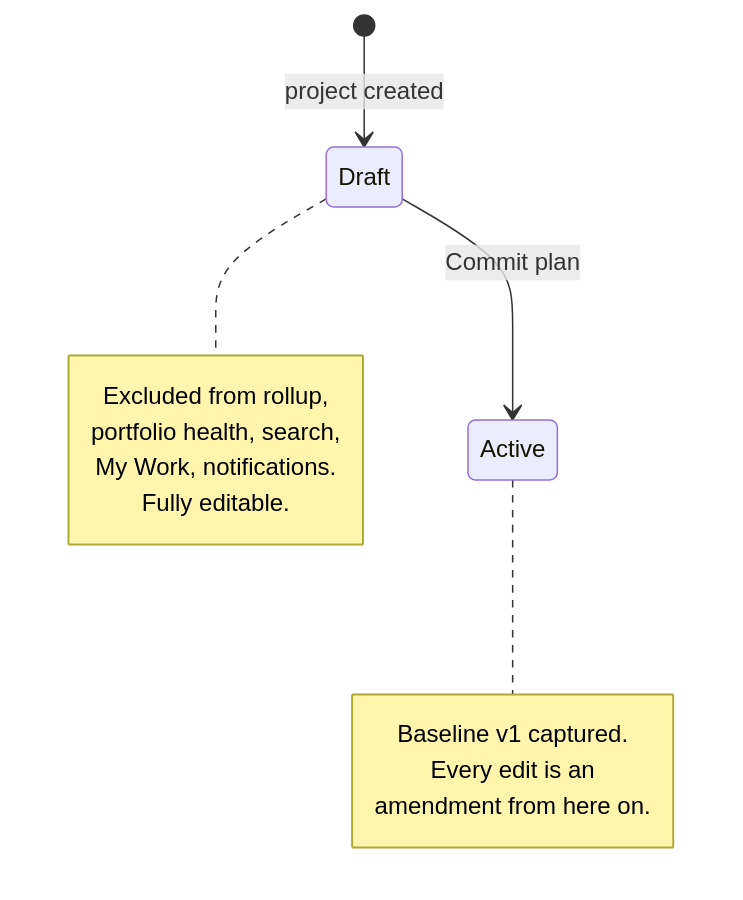
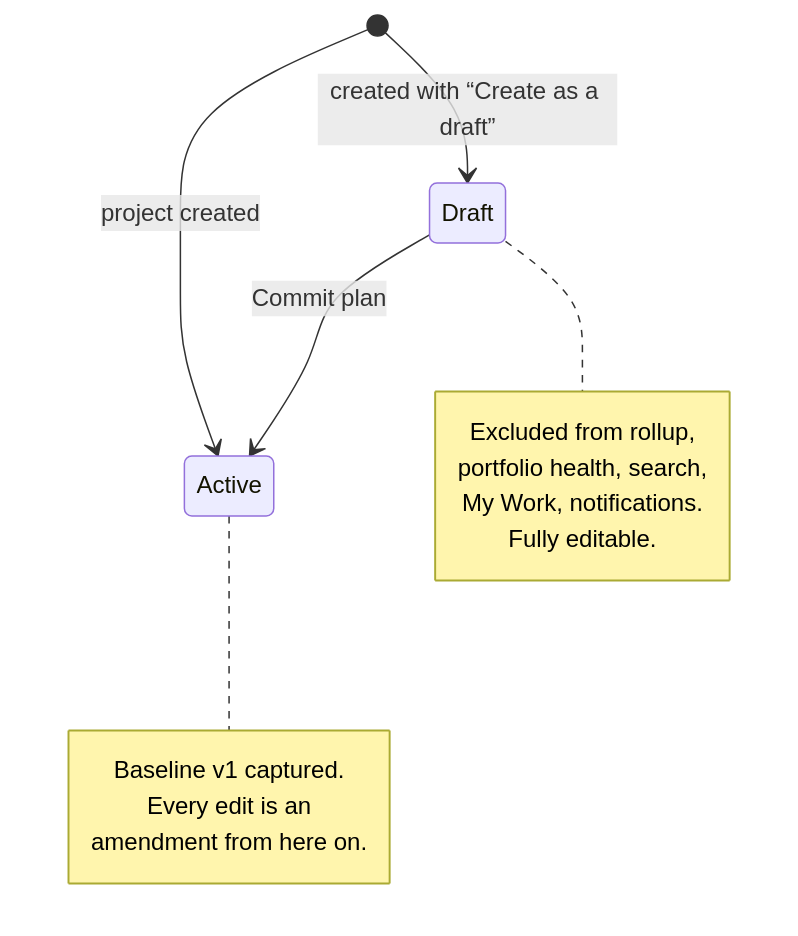
One commit to TruePPM/trueppm changed the diagram in packages/website/src/content/docs/features/baselines.md. Above: the diagram before and after it, drawn with Mermaid. The commit also changed other lines of this file and 11 other files, not shown here.

````diff
--- a/packages/website/src/content/docs/features/baselines.md
+++ b/packages/website/src/content/docs/features/baselines.md
@@ -30,16 +33,17 @@
 ```mermaid
 stateDiagram-v2
-    [*] --> Draft: project created
+    [*] --> Active: project created
+    [*] --> Draft: created with “Create as a draft”
     Draft --> Active: Commit plan
     note right of Draft
         Excluded from rollup,
         portfolio health, search,
         My Work, notifications.
         Fully editable.
     end note
     note right of Active
         Baseline v1 captured.
         Every edit is an
         amendment from here on.
     end note
 ```
````
